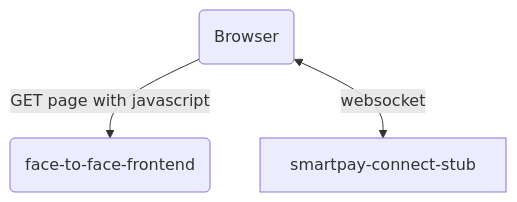
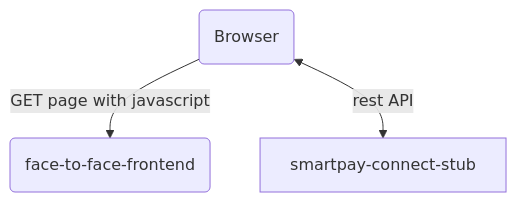
The first of 2 diagrams in README.md (hmrc/smartpay-connect-stub), drawn with Mermaid before and after one commit. The commit also changed other lines of this file, not shown here.

````diff
--- a/README.md
+++ b/README.md
@@ -19,5 +11,5 @@
 ```mermaid
 graph TD
 A(Browser) -->|GET page with javascript| F2F(face-to-face-frontend) 
-A <-->|websocket| B[smartpay-connect-stub]
+A <-->|rest API| B[smartpay-connect-stub]
 ```
````
